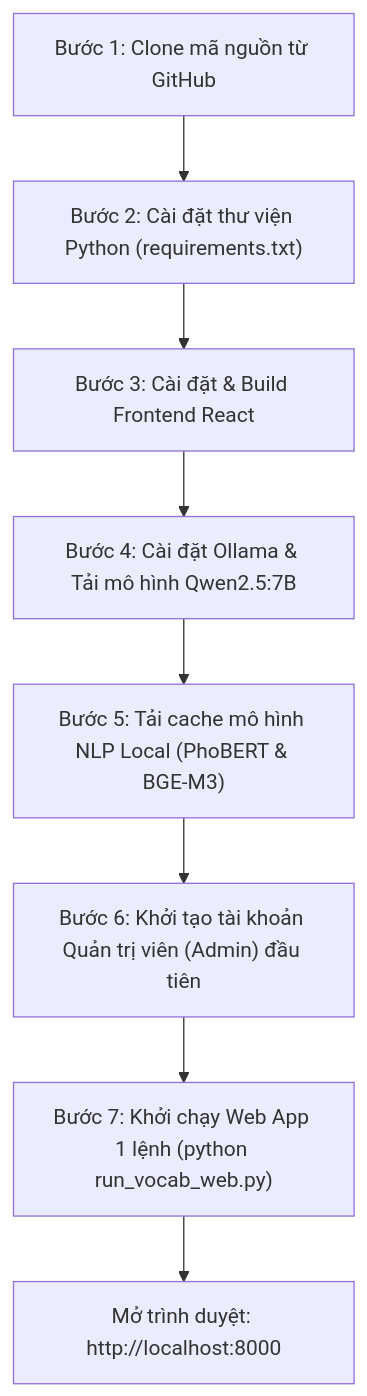
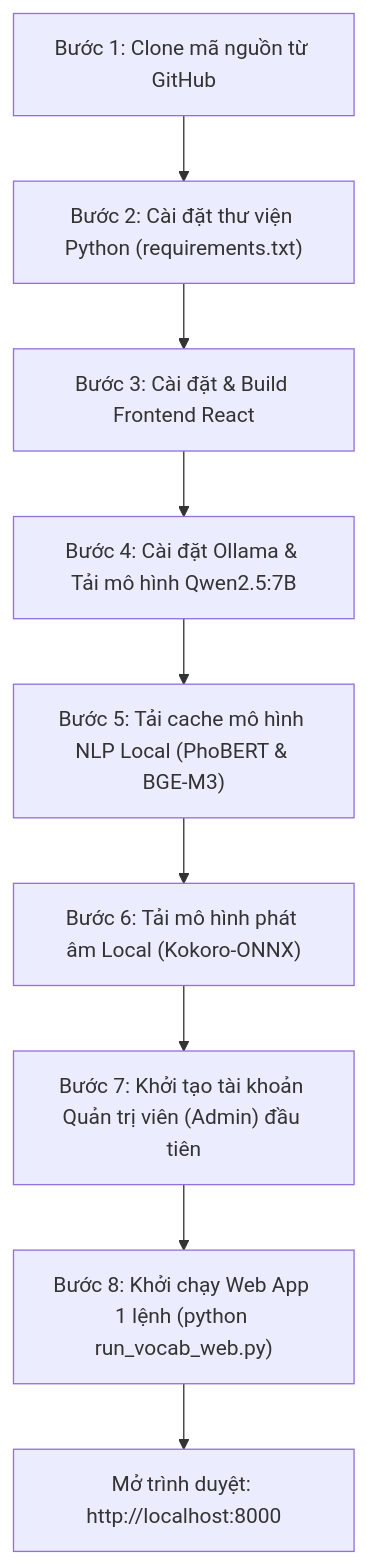
One commit to vmm2302/chatbox2.0 changed the diagram in HUONG_DAN_CAI_DAT_MAY_MOI.md. Above: the diagram before and after it, drawn with Mermaid. The commit also changed other lines of this file and 51 other files, not shown here.

````diff
--- a/HUONG_DAN_CAI_DAT_MAY_MOI.md
+++ b/HUONG_DAN_CAI_DAT_MAY_MOI.md
@@ -34,10 +34,11 @@
 ```mermaid
 flowchart TD
     A["Bước 1: Clone mã nguồn từ GitHub"] --> B["Bước 2: Cài đặt thư viện Python (requirements.txt)"]
     B --> C["Bước 3: Cài đặt & Build Frontend React"]
     C --> D["Bước 4: Cài đặt Ollama & Tải mô hình Qwen2.5:7B"]
     D --> E["Bước 5: Tải cache mô hình NLP Local (PhoBERT & BGE-M3)"]
-    E --> F["Bước 6: Khởi tạo tài khoản Quản trị viên (Admin) đầu tiên"]
-    F --> G["Bước 7: Khởi chạy Web App 1 lệnh (python run_vocab_web.py)"]
-    G --> H["Mở trình duyệt: http://localhost:8000"]
+    E --> F["Bước 6: Tải mô hình phát âm Local (Kokoro-ONNX)"]
+    F --> G["Bước 7: Khởi tạo tài khoản Quản trị viên (Admin) đầu tiên"]
+    G --> H["Bước 8: Khởi chạy Web App 1 lệnh (python run_vocab_web.py)"]
+    H --> I["Mở trình duyệt: http://localhost:8000"]
 ```
````
